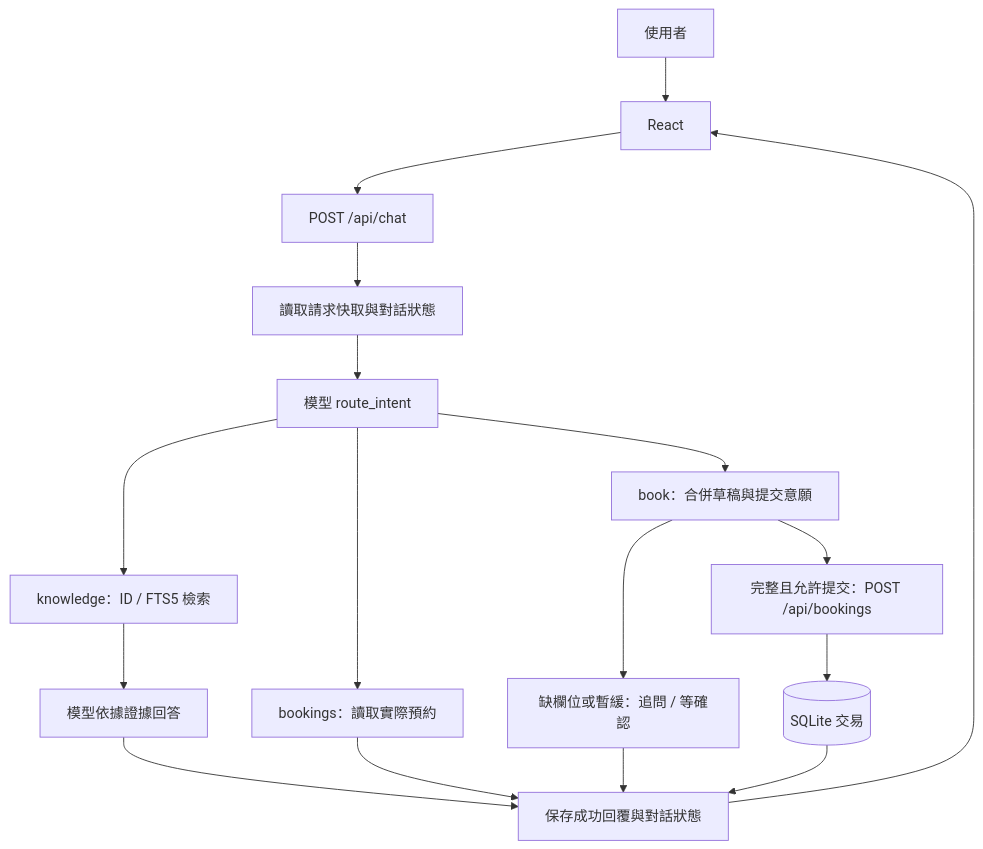
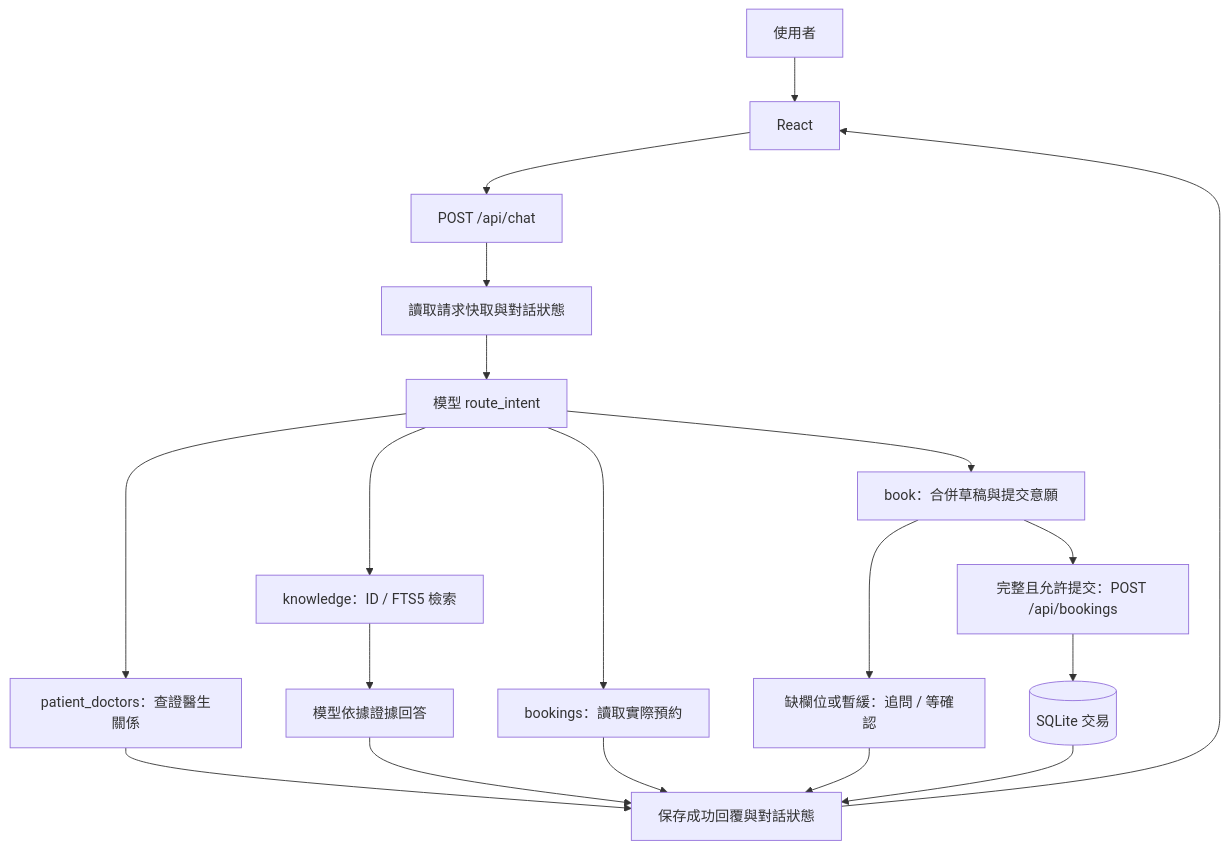
Before and after one commit to gjtjx/KUDOS: the diagram in INTERVIEW_GUIDE.md, drawn with Mermaid. The commit also changed other lines of this file and 22 other files, not shown here.

````diff
--- a/INTERVIEW_GUIDE.md
+++ b/INTERVIEW_GUIDE.md
@@ -69,19 +70,21 @@
 ```mermaid
 flowchart TD
     U[使用者] --> UI[React]
     UI --> API[POST /api/chat]
     API --> S[讀取請求快取與對話狀態]
     S --> R[模型 route_intent]
     R --> K[knowledge：ID / FTS5 檢索]
     K --> A[模型依據證據回答]
     R --> Q[bookings：讀取實際預約]
+    R --> P[patient_doctors：查證醫生關係]
+    P --> O
     R --> D[book：合併草稿與提交意願]
     D --> M[缺欄位或暫緩：追問 / 等確認]
     D --> V[完整且允許提交：POST /api/bookings]
     V --> DB[(SQLite 交易)]
     A --> O[保存成功回覆與對話狀態]
     Q --> O
     M --> O
     DB --> O
     O --> UI
 ```
````
